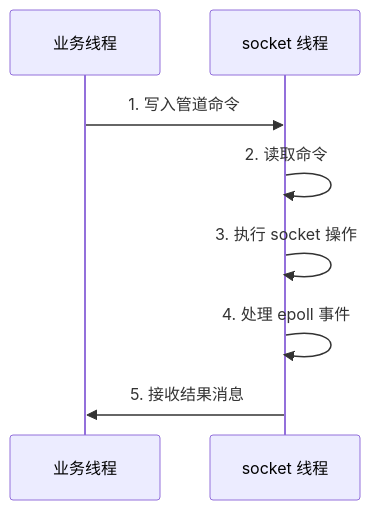
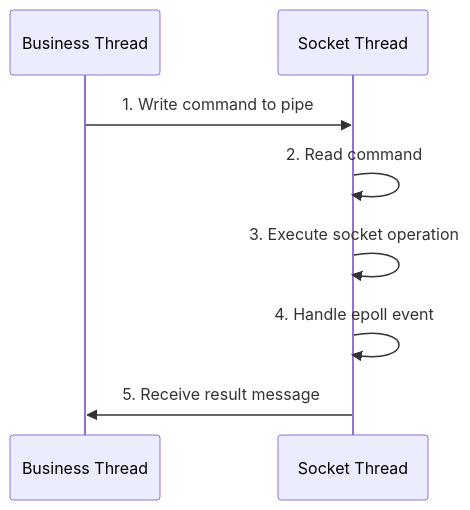
Before and after one commit to cuihairu/skynet: the second of 4 diagrams in docs/analysis/socket-server.md, drawn with Mermaid. The commit also changed other lines of this file and 86 other files, not shown here.

````diff
--- a/docs/analysis/socket-server.md
+++ b/docs/analysis/socket-server.md
@@ -109,11 +109,11 @@
 ```mermaid
 sequenceDiagram
-    participant BT as 业务线程
-    participant ST as socket 线程
+    participant BT as Business Thread
+    participant ST as Socket Thread
 
-    BT->>ST: 1. 写入管道命令
-    ST->>ST: 2. 读取命令
-    ST->>ST: 3. 执行 socket 操作
-    ST->>ST: 4. 处理 epoll 事件
-    ST->>BT: 5. 接收结果消息
+    BT->>ST: 1. Write command to pipe
+    ST->>ST: 2. Read command
+    ST->>ST: 3. Execute socket operation
+    ST->>ST: 4. Handle epoll event
+    ST->>BT: 5. Receive result message
 ```
````
